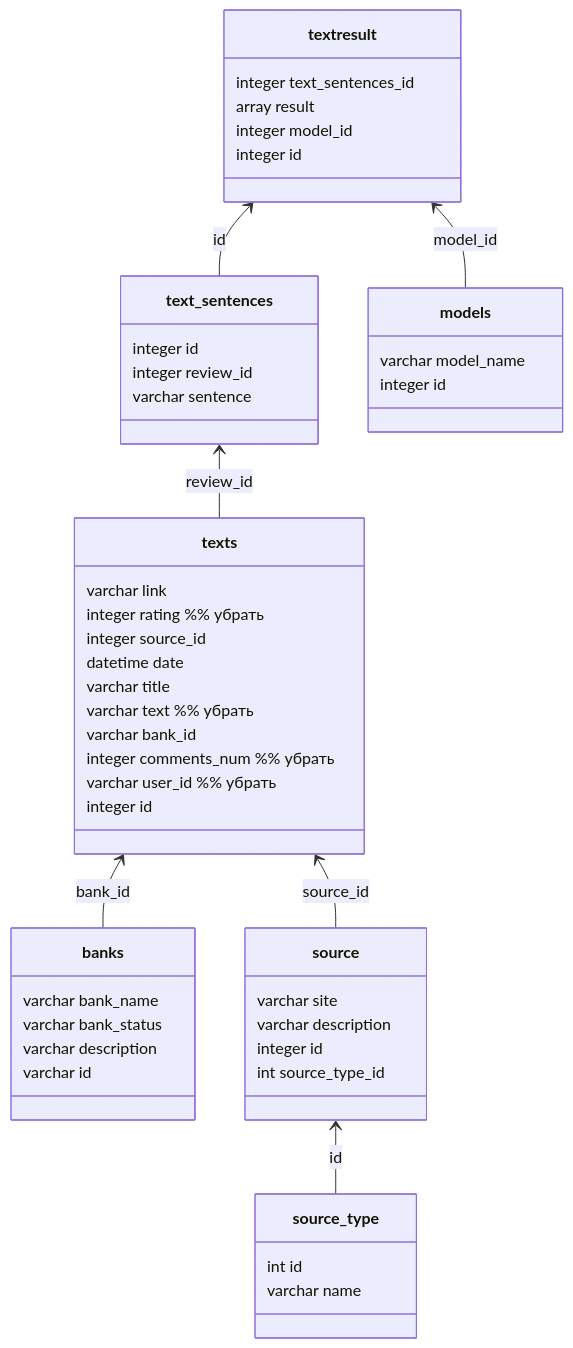
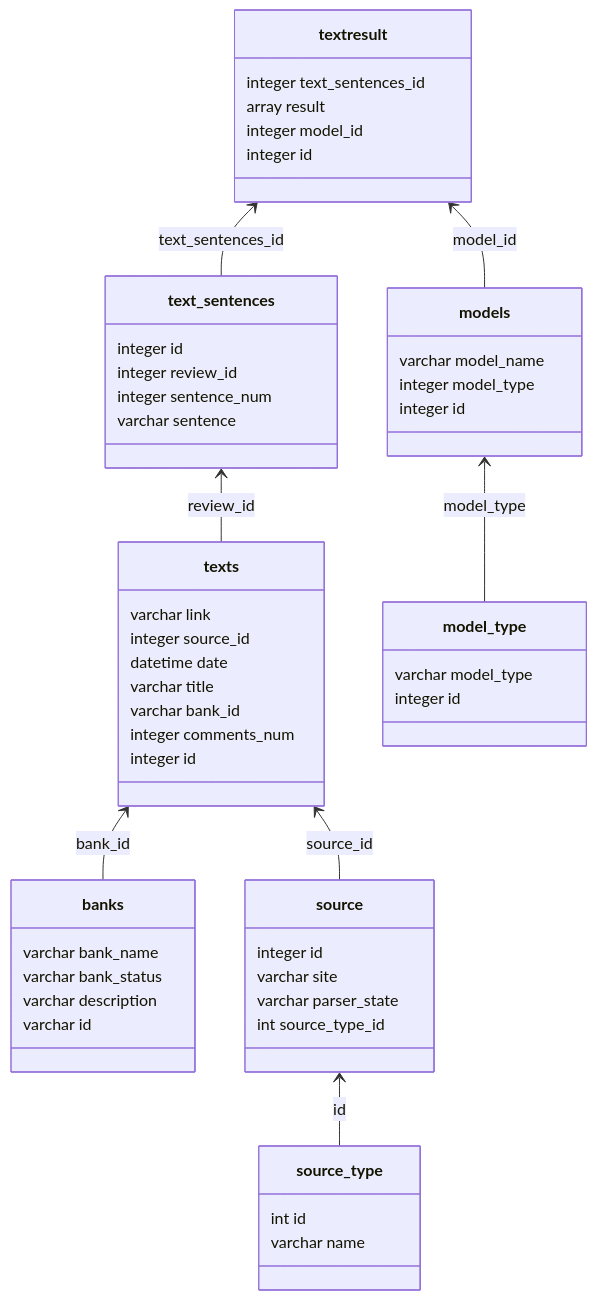
Before and after one commit to dudin-george/ESG_analysis: the first of 2 diagrams in README.md, drawn with Mermaid.

````diff
--- a/README.md
+++ b/README.md
@@ -10,64 +10,66 @@
 ```mermaid
 classDiagram
 direction BT
 
 class banks {
    varchar bank_name
    varchar bank_status
    varchar description
    varchar id
 }
 
+class model_type {
+   varchar model_type
+   integer id
+}
+
 class models {
    varchar model_name
+   integer model_type
    integer id
 }
 
 class texts {
    varchar link
-   integer rating %% убрать
    integer source_id
    datetime date
    varchar title
-   varchar text %% убрать
    varchar bank_id
-   integer comments_num %% убрать
-   varchar user_id %% убрать
+   integer comments_num
    integer id
 }
 
 class source_type {
     int id
     varchar name
 }
 
 class source {
+   integer id
    varchar site
-   varchar description
-   integer id
+   varchar parser_state
    int source_type_id
 }
 
 class text_sentences {
     integer id
     integer review_id
+    integer sentence_num
     varchar sentence
 }
 
 class textresult {
    integer text_sentences_id
    array result
    integer model_id
    integer id
 }
 
-%%parse_sources  -->  infobankiru : bank_id
-%%parse_sources  -->  sravnibankinfo : bank_id
-
 texts --> text_sentences: review_id
 source_type --> source: id
 banks  -->  texts : bank_id
 source  -->  texts : source_id
-text_sentences --> textresult: id
+text_sentences --> textresult: text_sentences_id
 models --> textresult: model_id
+model_type --> models: model_type
 ```
````
